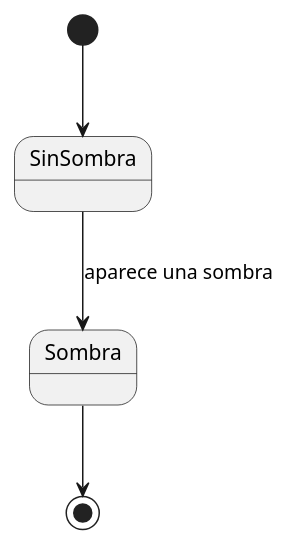
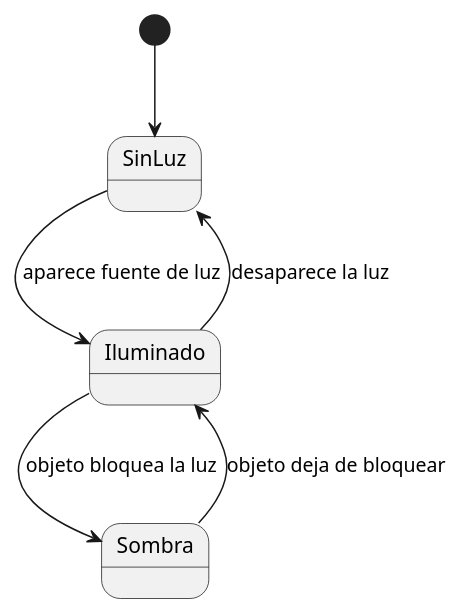
The diagram in entregas/pakVanessa/sombra_estados.puml (vanepakk/26-27-idsw1), drawn with PlantUML before and after one commit. The commit also changed 2 other files, not shown here.

```diff
--- a/entregas/pakVanessa/sombra_estados.puml
+++ b/entregas/pakVanessa/sombra_estados.puml
@@ -1,9 +1,11 @@
 @startuml
 
-[*] --> SinSombra
+[*] --> SinLuz
 
-SinSombra --> Sombra : aparece una sombra
+SinLuz --> Iluminado : aparece fuente de luz
+Iluminado --> Sombra : objeto bloquea la luz
 
-Sombra --> [*]
+Sombra --> Iluminado : objeto deja de bloquear
+Iluminado --> SinLuz : desaparece la luz
 
 @enduml
```
